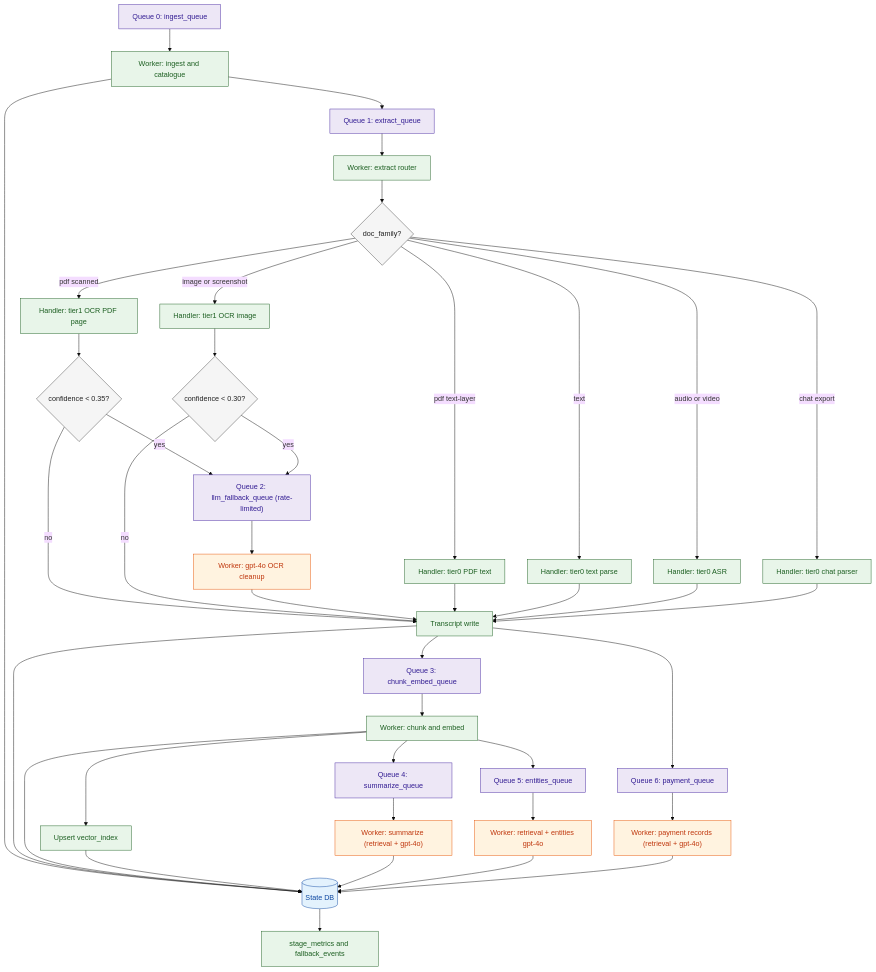
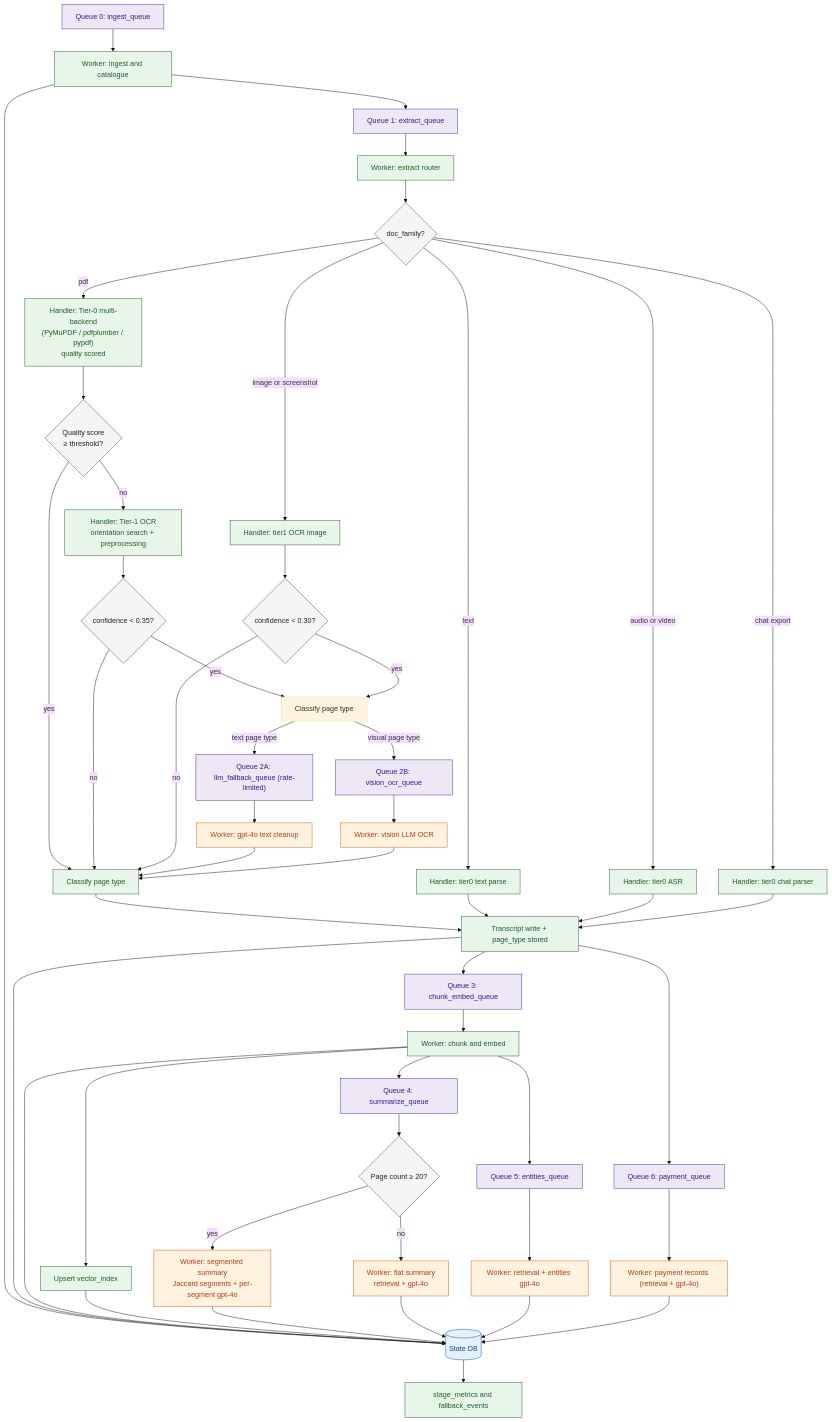
Before and after one commit to qu-genesis/agentic-parse: the second of 2 diagrams in README.md, drawn with Mermaid (base theme). The commit also changed other lines of this file and 22 other files, not shown here.

````diff
--- a/README.md
+++ b/README.md
@@ -82,64 +100,78 @@
 ```mermaid
 flowchart TD
     Q0["Queue 0: ingest_queue"] --> W0["Worker: ingest and catalogue"]
     W0 --> DB[("State DB")]
     W0 --> Q1["Queue 1: extract_queue"]
 
     Q1 --> W1["Worker: extract router"]
     W1 --> D0{"doc_family?"}
 
-    D0 -->|pdf text-layer| H1["Handler: tier0 PDF text"]
-    D0 -->|pdf scanned| H2["Handler: tier1 OCR PDF page"]
+    D0 -->|pdf| H1["Handler: Tier-0 multi-backend<br/>(PyMuPDF / pdfplumber / pypdf)<br/>quality scored"]
     D0 -->|image or screenshot| H3["Handler: tier1 OCR image"]
     D0 -->|text| H4["Handler: tier0 text parse"]
     D0 -->|audio or video| H5["Handler: tier0 ASR"]
     D0 -->|chat export| H6["Handler: tier0 chat parser"]
 
+    H1 --> D0B{"Quality score<br/>≥ threshold?"}
+    D0B -->|no| H2["Handler: Tier-1 OCR<br/>orientation search + preprocessing"]
+    D0B -->|yes| CL["Classify page type"]
+
     H2 --> D1{"confidence < 0.35?"}
     H3 --> D2{"confidence < 0.30?"}
-    D1 -->|yes| Q2["Queue 2: llm_fallback_queue (rate-limited)"]
-    D2 -->|yes| Q2
-    D1 -->|no| T0["Transcript write"]
-    D2 -->|no| T0
 
-    Q2 --> WL["Worker: gpt-4o OCR cleanup"]
-    WL --> T0
+    D1 -->|yes| PT["Classify page type"]
+    D2 -->|yes| PT
+    PT -->|visual page type| Q2B["Queue 2B: vision_ocr_queue"]
+    PT -->|text page type| Q2A["Queue 2A: llm_fallback_queue (rate-limited)"]
 
-    H1 --> T0
+    D1 -->|no| CL
+    D2 -->|no| CL
+
+    Q2A --> WLA["Worker: gpt-4o text cleanup"]
+    Q2B --> WLB["Worker: vision LLM OCR"]
+    WLA --> CL
+    WLB --> CL
+
+    CL --> T0["Transcript write + page_type stored"]
+
     H4 --> T0
     H5 --> T0
     H6 --> T0
 
     T0 --> DB
     T0 --> Q3["Queue 3: chunk_embed_queue"]
 
     Q3 --> W3["Worker: chunk and embed"]
     W3 --> DB
     W3 --> VI["Upsert vector_index"]
     VI --> DB
 
     W3 --> Q4["Queue 4: summarize_queue"]
     W3 --> Q5["Queue 5: entities_queue"]
     T0 --> Q6["Queue 6: payment_queue"]
 
-    Q4 --> WS["Worker: summarize (retrieval + gpt-4o)"]
-    WS --> DB
+    Q4 --> WS{"Page count ≥ 20?"}
+    WS -->|yes| WSS["Worker: segmented summary<br/>Jaccard segments + per-segment gpt-4o"]
+    WS -->|no| WSF["Worker: flat summary<br/>retrieval + gpt-4o"]
+    WSS --> DB
+    WSF --> DB
+
     Q5 --> WE["Worker: retrieval + entities gpt-4o"]
     WE --> DB
     Q6 --> WP["Worker: payment records (retrieval + gpt-4o)"]
     WP --> DB
 
     DB --> OBS["stage_metrics and fallback_events"]
 
     classDef det fill:#E8F5E9,stroke:#1B5E20,color:#1B5E20,stroke-width:1px;
     classDef llm fill:#FFF3E0,stroke:#E65100,color:#BF360C,stroke-width:1px;
     classDef state fill:#E3F2FD,stroke:#0D47A1,color:#0D47A1,stroke-width:1px;
     classDef decision fill:#F5F5F5,stroke:#424242,color:#212121,stroke-width:1px;
     classDef queue fill:#EDE7F6,stroke:#4527A0,color:#311B92,stroke-width:1px;
 
-    class W0,W1,H1,H2,H3,H4,H5,H6,T0,W3,VI,OBS det;
-    class WL,WE,WS,WP llm;
+    class W0,W1,H1,H2,H3,H4,H5,H6,CL,T0,W3,VI,OBS det;
+    class WLA,WLB,WE,WSS,WSF,WP llm;
     class DB state;
-    class D0,D1,D2 decision;
-    class Q0,Q1,Q2,Q3,Q4,Q5,Q6 queue;
+    class D0,D0B,D1,D2,WS decision;
+    class Q0,Q1,Q2A,Q2B,Q3,Q4,Q5,Q6 queue;
 ```
````
